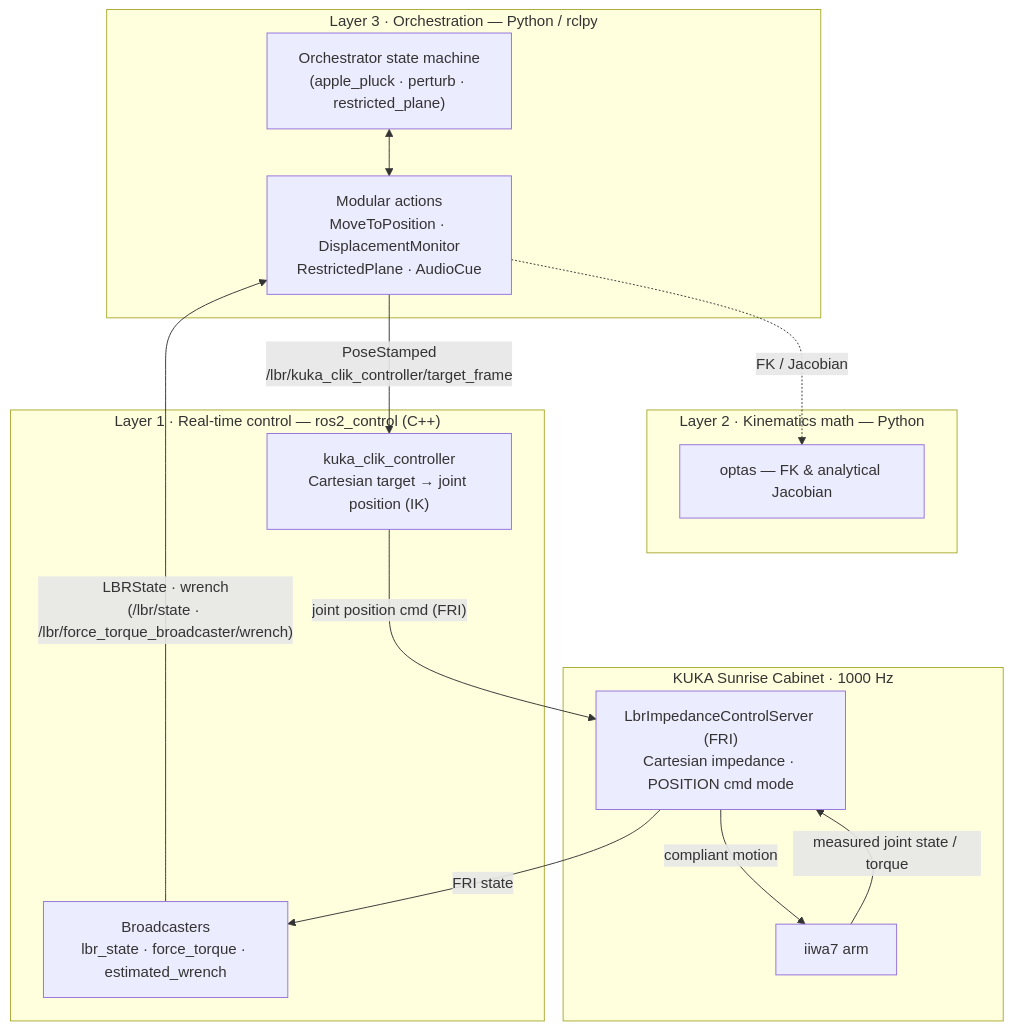
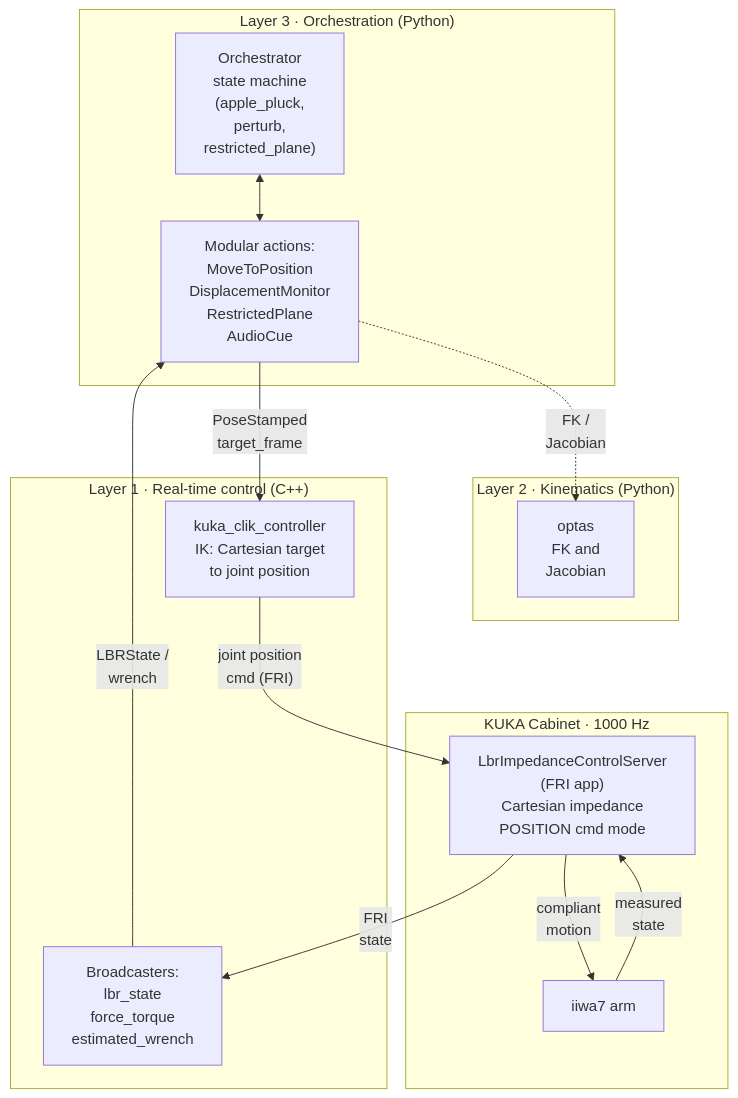
Before and after one commit to sinthlab/sinthlab-kuka-stack: the first of 5 diagrams in README.md, drawn with Mermaid. The commit also changed other lines of this file, not shown here.

Commit message:
change the fri instructions on readme

````diff
--- a/README.md
+++ b/README.md
@@ -229,27 +260,27 @@
 ```mermaid
 flowchart TB
-    subgraph L3["Layer 3 · Orchestration — Python / rclpy"]
-        ORCH["Orchestrator state machine<br/>(apple_pluck · perturb · restricted_plane)"]
-        ACT["Modular actions<br/>MoveToPosition · DisplacementMonitor<br/>RestrictedPlane · AudioCue"]
+    subgraph L3["Layer 3 · Orchestration (Python)"]
+        ORCH["Orchestrator<br/>state machine<br/>(apple_pluck,<br/>perturb,<br/>restricted_plane)"]
+        ACT["Modular actions:<br/>MoveToPosition<br/>DisplacementMonitor<br/>RestrictedPlane<br/>AudioCue"]
     end
-    subgraph L2["Layer 2 · Kinematics math — Python"]
-        OPTAS["optas — FK & analytical Jacobian"]
+    subgraph L2["Layer 2 · Kinematics (Python)"]
+        OPTAS["optas<br/>FK and<br/>Jacobian"]
     end
-    subgraph L1["Layer 1 · Real-time control — ros2_control (C++)"]
-        CLIK["kuka_clik_controller<br/>Cartesian target → joint position (IK)"]
-        BCAST["Broadcasters<br/>lbr_state · force_torque · estimated_wrench"]
+    subgraph L1["Layer 1 · Real-time control (C++)"]
+        CLIK["kuka_clik_controller<br/>IK: Cartesian target<br/>to joint position"]
+        BCAST["Broadcasters:<br/>lbr_state<br/>force_torque<br/>estimated_wrench"]
     end
-    subgraph CAB["KUKA Sunrise Cabinet · 1000 Hz"]
-        APP["LbrImpedanceControlServer (FRI)<br/>Cartesian impedance · POSITION cmd mode"]
+    subgraph CAB["KUKA Cabinet · 1000 Hz"]
+        APP["LbrImpedanceControlServer<br/>(FRI app)<br/>Cartesian impedance<br/>POSITION cmd mode"]
         ARM["iiwa7 arm"]
     end
 
     ORCH <--> ACT
-    ACT -. "FK / Jacobian" .-> OPTAS
-    ACT -- "PoseStamped<br/>/lbr/kuka_clik_controller/target_frame" --> CLIK
-    CLIK -- "joint position cmd (FRI)" --> APP
-    APP -- "compliant motion" --> ARM
-    ARM -- "measured joint state / torque" --> APP
-    APP -- "FRI state" --> BCAST
-    BCAST -- "LBRState · wrench<br/>(/lbr/state · /lbr/force_torque_broadcaster/wrench)" --> ACT
+    ACT -. "FK /<br/>Jacobian" .-> OPTAS
+    ACT -- "PoseStamped<br/>target_frame" --> CLIK
+    CLIK -- "joint position<br/>cmd (FRI)" --> APP
+    APP -- "compliant<br/>motion" --> ARM
+    ARM -- "measured<br/>state" --> APP
+    APP -- "FRI<br/>state" --> BCAST
+    BCAST -- "LBRState /<br/>wrench" --> ACT
 ```
````
